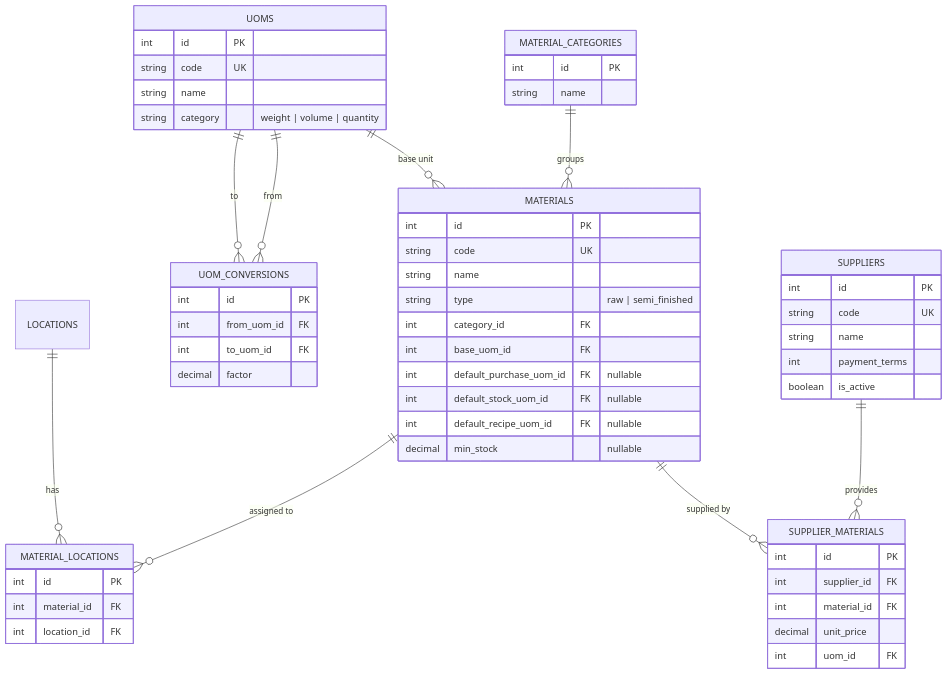
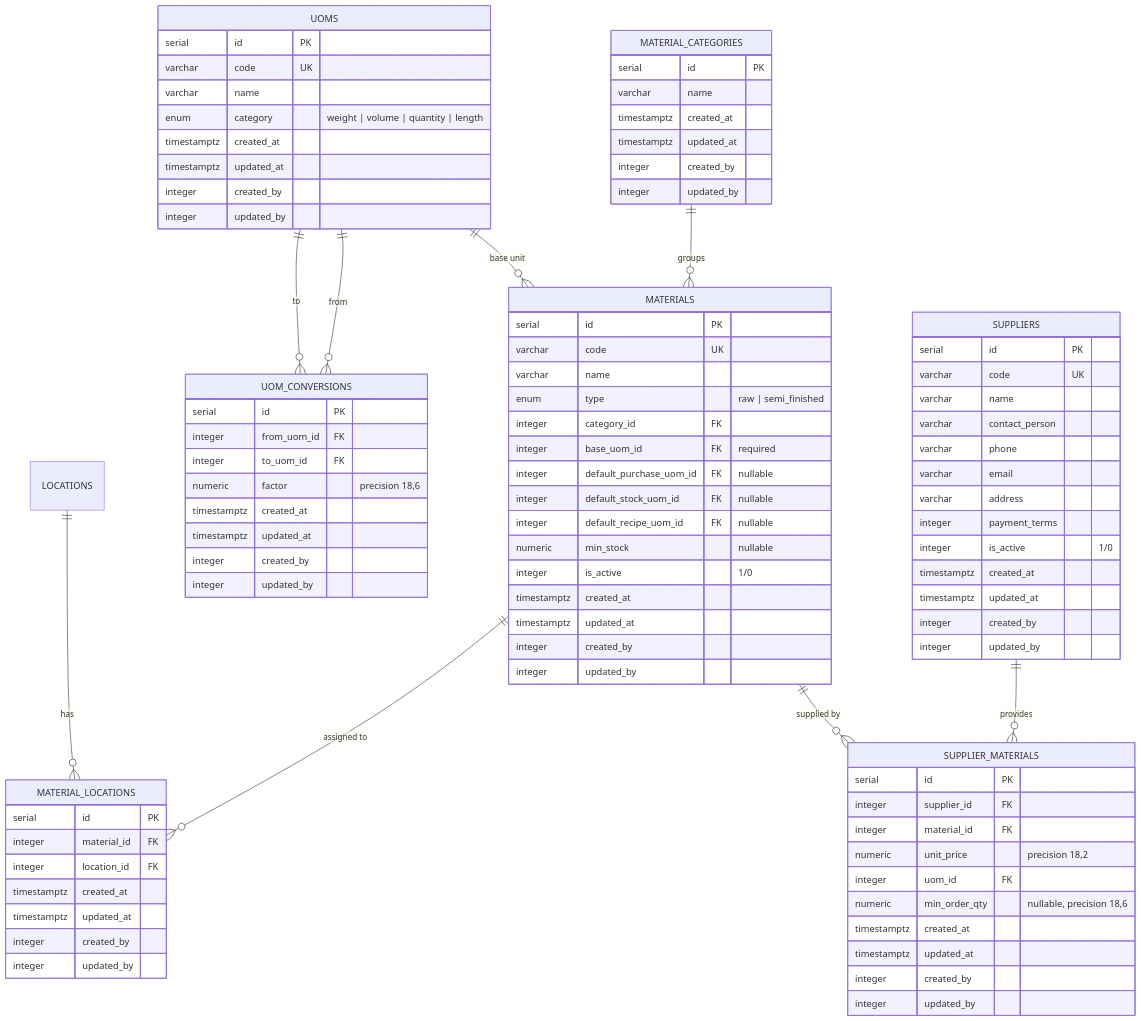
Before and after one commit to Ikki-Group/erp: the diagram in docs/database/erd/master-data.md, drawn with Mermaid. The commit also changed other lines of this file and 7 other files, not shown here.

First line of the commit message:
docs(database): update ERD docs and complete Phase 2 task board

````diff
--- a/docs/database/erd/master-data.md
+++ b/docs/database/erd/master-data.md
@@ -7,51 +7,85 @@
 ```mermaid
 erDiagram
     MATERIAL_CATEGORIES {
-        int id PK
-        string name
+        serial id PK
+        varchar name
+        timestamptz created_at
+        timestamptz updated_at
+        integer created_by
+        integer updated_by
     }
     MATERIALS {
-        int id PK
-        string code UK
-        string name
-        string type "raw | semi_finished"
-        int category_id FK
-        int base_uom_id FK
-        int default_purchase_uom_id FK "nullable"
-        int default_stock_uom_id FK "nullable"
-        int default_recipe_uom_id FK "nullable"
-        decimal min_stock "nullable"
+        serial id PK
+        varchar code UK
+        varchar name
+        enum type "raw | semi_finished"
+        integer category_id FK
+        integer base_uom_id FK "required"
+        integer default_purchase_uom_id FK "nullable"
+        integer default_stock_uom_id FK "nullable"
+        integer default_recipe_uom_id FK "nullable"
+        numeric min_stock "nullable"
+        integer is_active "1/0"
+        timestamptz created_at
+        timestamptz updated_at
+        integer created_by
+        integer updated_by
     }
     MATERIAL_LOCATIONS {
-        int id PK
-        int material_id FK
-        int location_id FK
+        serial id PK
+        integer material_id FK
+        integer location_id FK
+        timestamptz created_at
+        timestamptz updated_at
+        integer created_by
+        integer updated_by
     }
     UOMS {
-        int id PK
-        string code UK
-        string name
-        string category "weight | volume | quantity"
+        serial id PK
+        varchar code UK
+        varchar name
+        enum category "weight | volume | quantity | length"
+        timestamptz created_at
+        timestamptz updated_at
+        integer created_by
+        integer updated_by
     }
     UOM_CONVERSIONS {
-        int id PK
-        int from_uom_id FK
-        int to_uom_id FK
-        decimal factor
+        serial id PK
+        integer from_uom_id FK
+        integer to_uom_id FK
+        numeric factor "precision 18,6"
+        timestamptz created_at
+        timestamptz updated_at
+        integer created_by
+        integer updated_by
     }
     SUPPLIERS {
-        int id PK
-        string code UK
-        string name
-        int payment_terms
-        boolean is_active
+        serial id PK
+        varchar code UK
+        varchar name
+        varchar contact_person
+        varchar phone
+        varchar email
+        varchar address
+        integer payment_terms
+        integer is_active "1/0"
+        timestamptz created_at
+        timestamptz updated_at
+        integer created_by
+        integer updated_by
     }
     SUPPLIER_MATERIALS {
-        int id PK
-        int supplier_id FK
-        int material_id FK
-        decimal unit_price
-        int uom_id FK
+        serial id PK
+        integer supplier_id FK
+        integer material_id FK
+        numeric unit_price "precision 18,2"
+        integer uom_id FK
+        numeric min_order_qty "nullable, precision 18,6"
+        timestamptz created_at
+        timestamptz updated_at
+        integer created_by
+        integer updated_by
     }
 
     MATERIAL_CATEGORIES ||--o{ MATERIALS : "groups"
````
